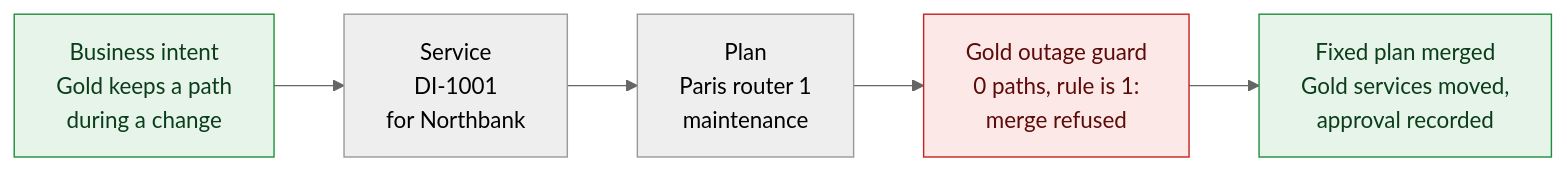
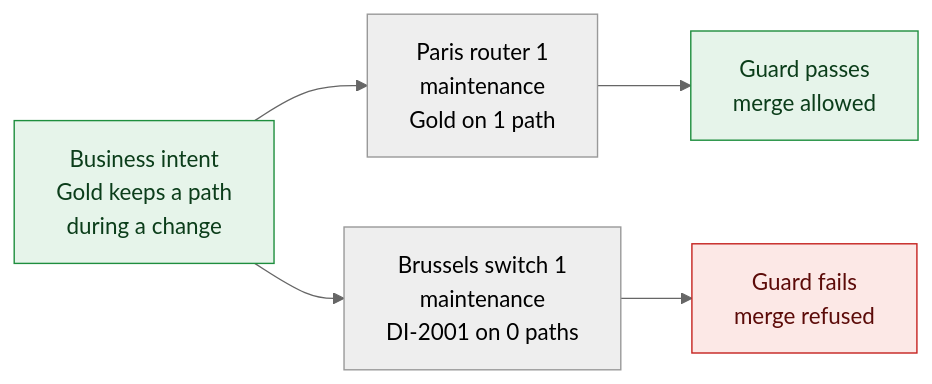
One commit to opsmill/infrahub-demo-service-catalog changed the diagram in docs/docs/business-impact/plan-maintenance.mdx. Above: the diagram before and after it, drawn with Mermaid (neutral theme). The commit also changed other lines of this file and 142 other files, not shown here.

````diff
--- a/docs/docs/business-impact/plan-maintenance.mdx
+++ b/docs/docs/business-impact/plan-maintenance.mdx
@@ -174,25 +149,24 @@
 ```mermaid
 flowchart LR
   intent["Business intent
 Gold keeps a path
 during a change"]
-  service["Service
-DI-1001
-for Northbank"]
-  plan["Plan
-Paris router 1
-maintenance"]
-  guard["Gold outage guard
-0 paths, rule is 1:
+  paris["Paris router 1
+maintenance
+Gold on 1 path"]
+  pass["Guard passes
+merge allowed"]
+  brussels["Brussels switch 1
+maintenance
+DI-2001 on 0 paths"]
+  block["Guard fails
 merge refused"]
-  record["Fixed plan merged
-Gold services moved,
-approval recorded"]
-  intent --> service --> plan --> guard --> record
+  intent --> paris --> pass
+  intent --> brussels --> block
   classDef intentNode fill:#e6f4ea,stroke:#1e8e3e,color:#0b3d1a
-  classDef guardNode fill:#fce8e6,stroke:#c5221f,color:#5c0b09
-  classDef recordNode fill:#e6f4ea,stroke:#1e8e3e,color:#0b3d1a
+  classDef passNode fill:#e6f4ea,stroke:#1e8e3e,color:#0b3d1a
+  classDef blockNode fill:#fce8e6,stroke:#c5221f,color:#5c0b09
   class intent intentNode
-  class guard guardNode
-  class record recordNode
+  class pass passNode
+  class block blockNode
 ```
````
